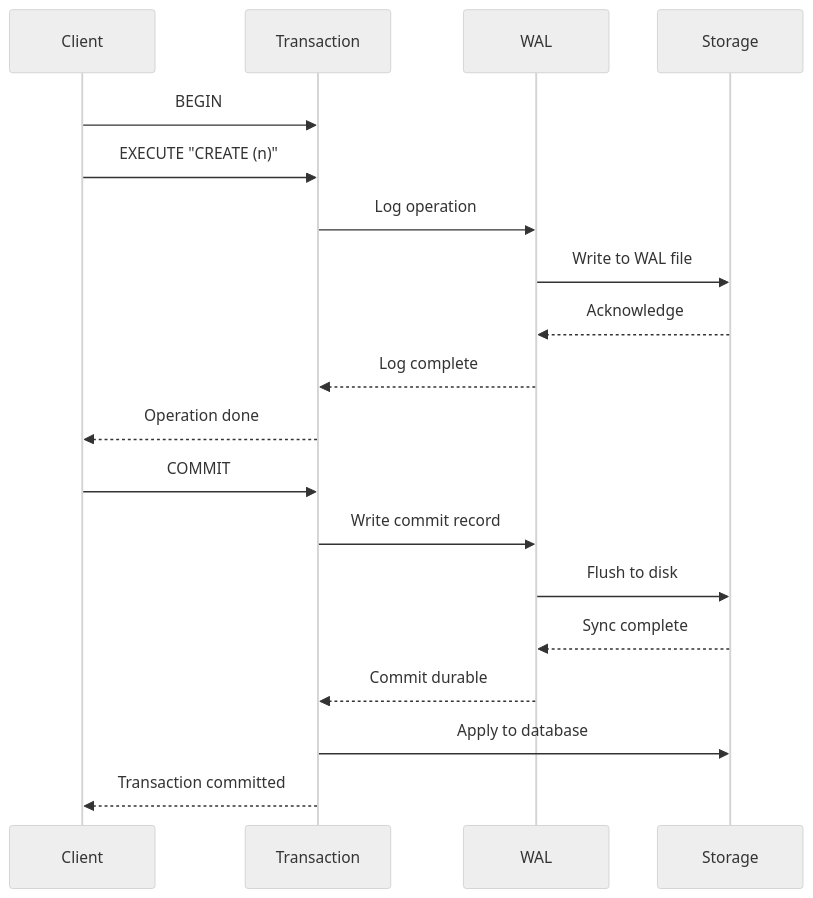
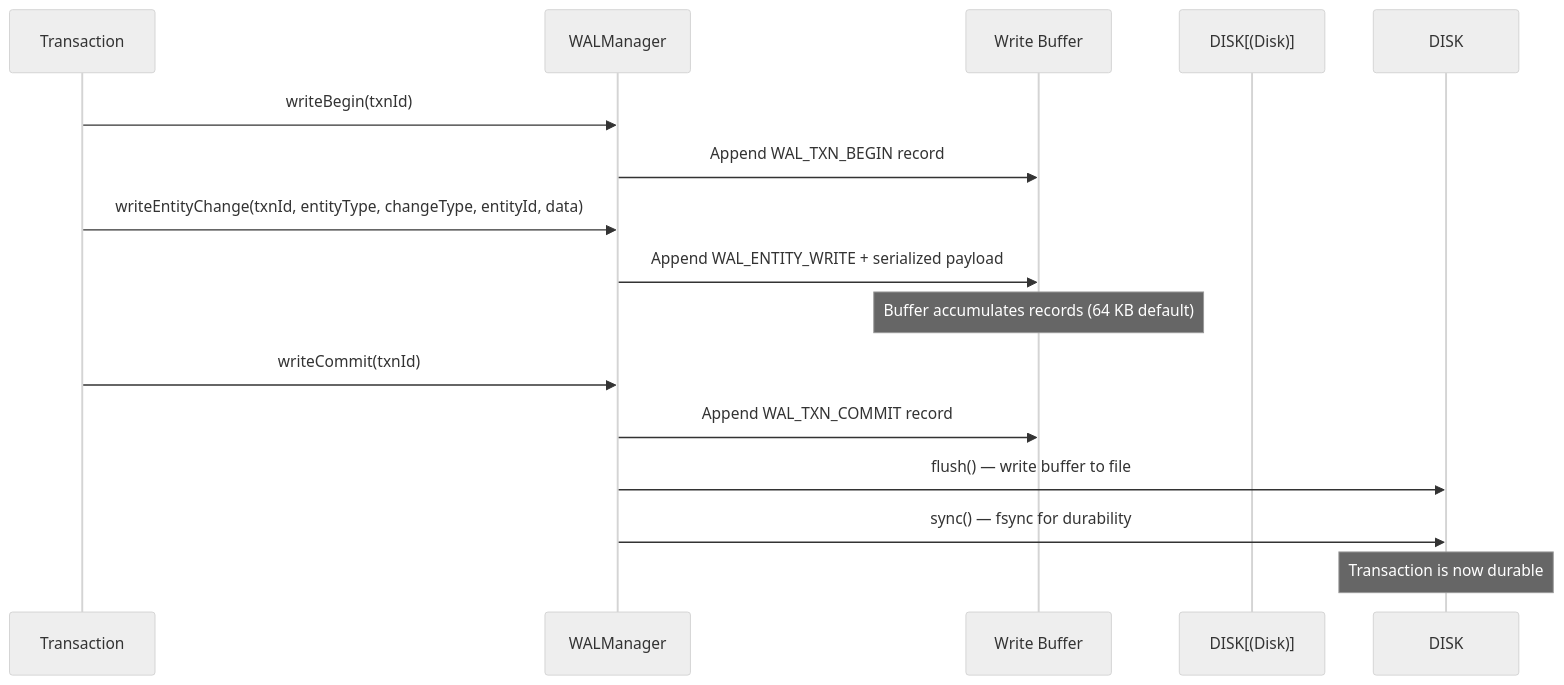
One commit to nexepic/zyx changed the third of 6 diagrams in docs/apps/docs/content/docs/en/zyx/architecture/wal.mdx. Above: the diagram before and after it, drawn with Mermaid (neutral theme). The commit also changed other lines of this file and 73 other files, not shown here.

````diff
--- a/docs/apps/docs/content/docs/en/zyx/architecture/wal.mdx
+++ b/docs/apps/docs/content/docs/en/zyx/architecture/wal.mdx
@@ -24,23 +83,21 @@
 ```mermaid
 sequenceDiagram
-    participant Client
-    participant Transaction
-    participant WAL
-    participant Storage
+    participant TX as Transaction
+    participant WAL as WALManager
+    participant BUF as Write Buffer
+    participant DISK[(Disk)]
 
-    Client->>Transaction: BEGIN
-    Client->>Transaction: EXECUTE "CREATE (n)"
-    Transaction->>WAL: Log operation
-    WAL->>Storage: Write to WAL file
-    Storage-->>WAL: Acknowledge
-    WAL-->>Transaction: Log complete
-    Transaction-->>Client: Operation done
+    TX->>WAL: writeBegin(txnId)
+    WAL->>BUF: Append WAL_TXN_BEGIN record
+    TX->>WAL: writeEntityChange(txnId, entityType, changeType, entityId, data)
+    WAL->>BUF: Append WAL_ENTITY_WRITE + serialized payload
 
-    Client->>Transaction: COMMIT
-    Transaction->>WAL: Write commit record
-    WAL->>Storage: Flush to disk
-    Storage-->>WAL: Sync complete
-    WAL-->>Transaction: Commit durable
-    Transaction->>Storage: Apply to database
-    Transaction-->>Client: Transaction committed
+    Note over BUF: Buffer accumulates records (64 KB default)
+
+    TX->>WAL: writeCommit(txnId)
+    WAL->>BUF: Append WAL_TXN_COMMIT record
+    WAL->>DISK: flush() — write buffer to file
+    WAL->>DISK: sync() — fsync for durability
+
+    Note over DISK: Transaction is now durable
 ```
````
